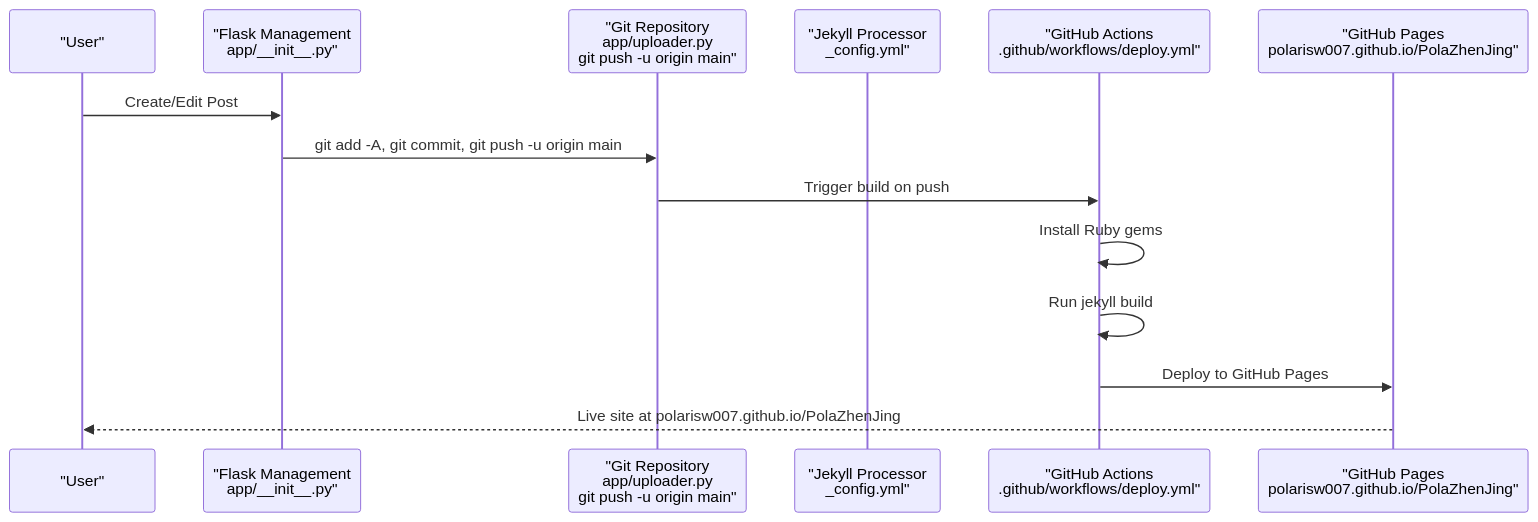
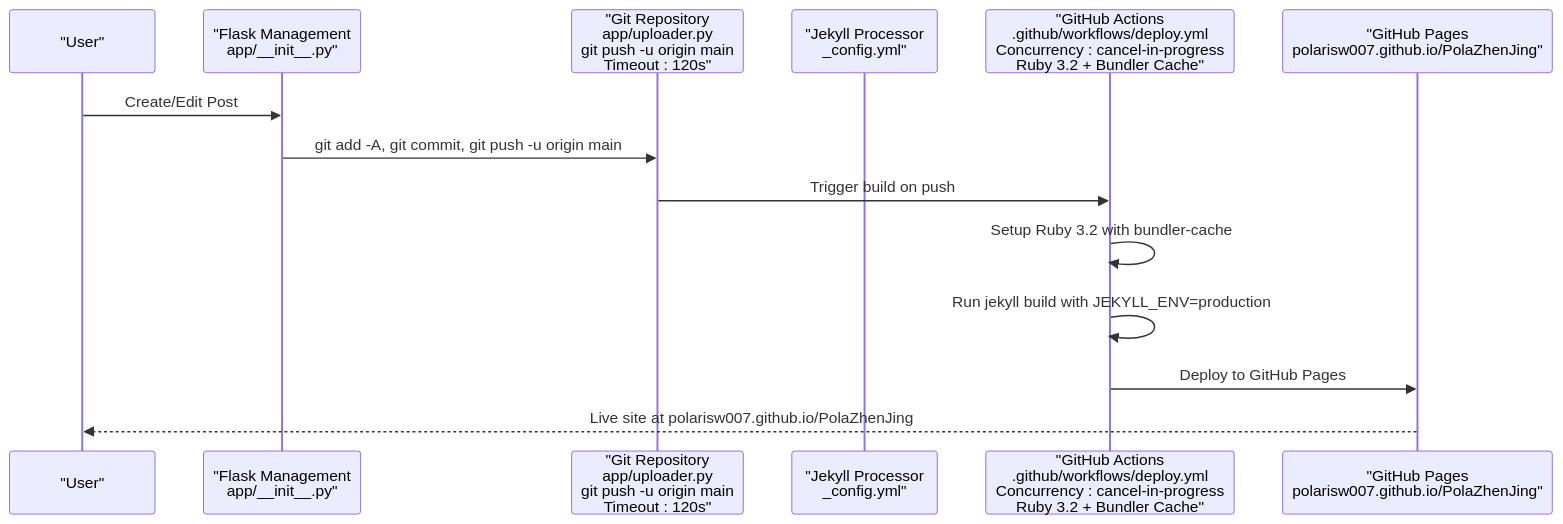
The second of 4 diagrams in .qoder/repowiki/en/content/Backend Application/Publishing Pipeline.md (PolarisW007/PolaZhenJing), drawn with Mermaid before and after one commit. The commit also changed other lines of this file and 17 other files, not shown here.

Commit message:
Add article preview, GitHub links, improved PDF conversion

````diff
--- a/.qoder/repowiki/en/content/Backend Application/Publishing Pipeline.md
+++ b/.qoder/repowiki/en/content/Backend Application/Publishing Pipeline.md
@@ -116,16 +116,16 @@
 ```mermaid
 sequenceDiagram
 participant User as "User"
 participant Flask as "Flask Management<br/>app/__init__.py"
-participant Git as "Git Repository<br/>app/uploader.py<br/>git push -u origin main"
+participant Git as "Git Repository<br/>app/uploader.py<br/>git push -u origin main<br/>Timeout : 120s"
 participant Jekyll as "Jekyll Processor<br/>_config.yml"
-participant GH as "GitHub Actions<br/>.github/workflows/deploy.yml"
+participant GH as "GitHub Actions<br/>.github/workflows/deploy.yml<br/>Concurrency : cancel-in-progress<br/>Ruby 3.2 + Bundler Cache"
 participant Pages as "GitHub Pages<br/>polarisw007.github.io/PolaZhenJing"
 User->>Flask : Create/Edit Post
 Flask->>Git : git add -A, git commit, git push -u origin main
 Git->>GH : Trigger build on push
-GH->>GH : Install Ruby gems
-GH->>GH : Run jekyll build
+GH->>GH : Setup Ruby 3.2 with bundler-cache
+GH->>GH : Run jekyll build with JEKYLL_ENV=production
 GH->>Pages : Deploy to GitHub Pages
 Pages-->>User : Live site at polarisw007.github.io/PolaZhenJing
 ```
````
